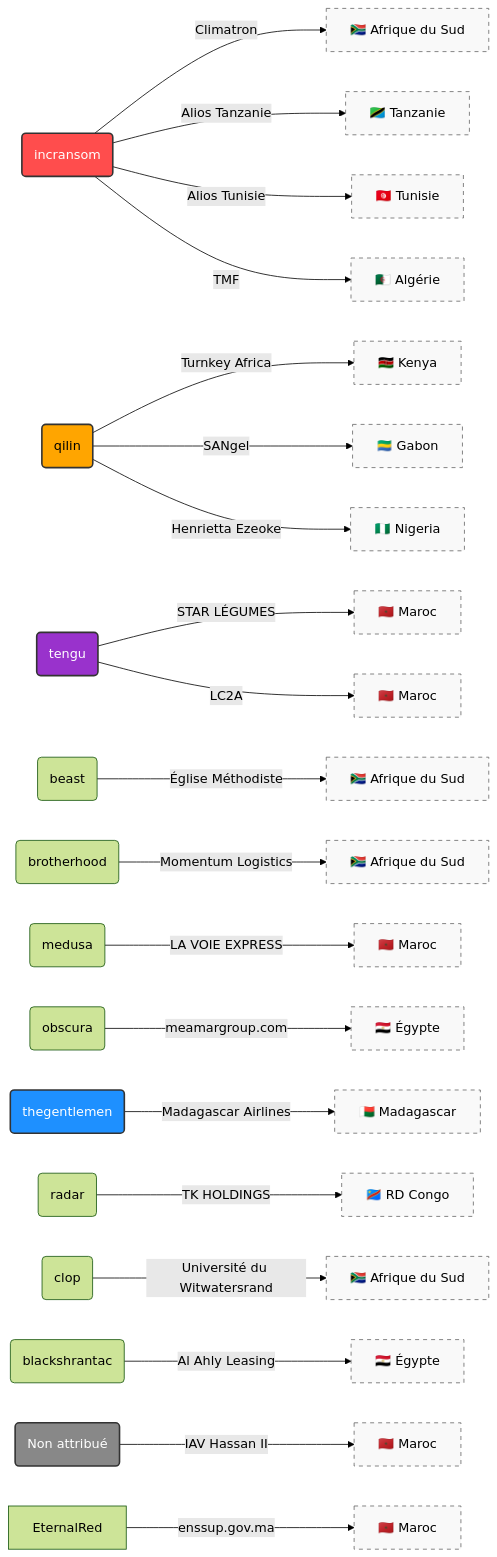
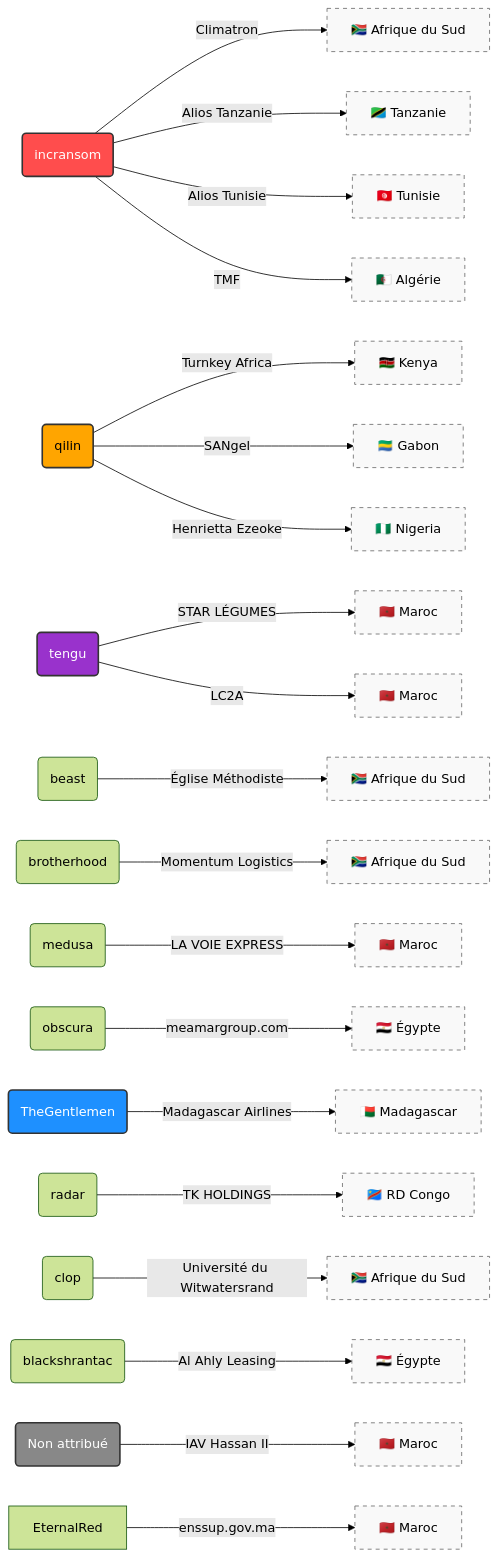
One commit to Hatchepsoute/AFRINTEL changed the fourth of 4 diagrams in CyberAttackAfrica/2025/10-october/README_FR.md. Above: the diagram before and after it, drawn with Mermaid (forest theme). The commit also changed other lines of this file and 83 other files, not shown here.

````diff
--- a/CyberAttackAfrica/2025/10-october/README_FR.md
+++ b/CyberAttackAfrica/2025/10-october/README_FR.md
@@ -237,40 +237,40 @@
 ```mermaid
 graph LR
     %% Relations incransom
     incransom(incransom) -->|Climatron| SA1["🇿🇦 Afrique du Sud"]
     incransom -->|Alios Tanzanie| Tanzania["🇹🇿 Tanzanie"]
     incransom -->|Alios Tunisie| Tunisia["🇹🇳 Tunisie"]
     incransom -->|TMF| Algeria["🇩🇿 Algérie"]
 
     %% Relations qilin
     qilin(qilin) -->|Turnkey Africa| Kenya["🇰🇪 Kenya"]
     qilin -->|SANgel| Gabon["🇬🇦 Gabon"]
     qilin -->|Henrietta Ezeoke| Nigeria["🇳🇬 Nigeria"]
 
     %% Relations tengu
     tengu(tengu) -->|STAR LÉGUMES| Morocco1["🇲🇦 Maroc"]
     tengu -->|LC2A| Morocco2["🇲🇦 Maroc"]
 
     %% Autres acteurs
     beast(beast) -->|Église Méthodiste| SA2["🇿🇦 Afrique du Sud"]
     brotherhood(brotherhood) -->|Momentum Logistics| SA4["🇿🇦 Afrique du Sud"]
     medusa(medusa) -->|LA VOIE EXPRESS| Morocco3["🇲🇦 Maroc"]
     obscura(obscura) -->|meamargroup.com| Egypt1["🇪🇬 Égypte"]
-    thegentlemen(thegentlemen) -->|Madagascar Airlines| Madagascar["🇲🇬 Madagascar"]
+    TheGentlemen(TheGentlemen) -->|Madagascar Airlines| Madagascar["🇲🇬 Madagascar"]
     radar(radar) -->|TK HOLDINGS| DRC["🇨🇩 RD Congo"]
     clop(clop) -->|Université du Witwatersrand| SA5["🇿🇦 Afrique du Sud"]
     blackshrantac(blackshrantac) -->|Al Ahly Leasing| Egypt2["🇪🇬 Égypte"]
     NonAttribue(Non attribué) -->|IAV Hassan II| Morocco4["🇲🇦 Maroc"]
     EternalRed -->|enssup.gov.ma| Morocco5["🇲🇦 Maroc"]
 
     %% Styles et Couleurs
     style incransom fill:#ff4d4d,stroke:#333,stroke-width:2px,color:#fff
     style qilin fill:#ffa500,stroke:#333,stroke-width:2px
     style tengu fill:#9932cc,stroke:#333,stroke-width:2px,color:#fff
-    style thegentlemen fill:#1e90ff,stroke:#333,stroke-width:2px,color:#fff
+    style TheGentlemen fill:#1e90ff,stroke:#333,stroke-width:2px,color:#fff
     style NonAttribue fill:#888,stroke:#333,stroke-width:2px,color:#fff
     
     %% Style des pays (Nodes de destination)
     classDef country fill:#f9f9f9,stroke:#666,stroke-dasharray: 5 5
     class SA1,SA2,SA4,SA5,Tanzania,Tunisia,Algeria,Kenya,Gabon,Nigeria,Morocco1,Morocco2,Morocco3,Morocco4,Morocco5,Egypt1,Egypt2,Madagascar,DRC country
 ```
````
